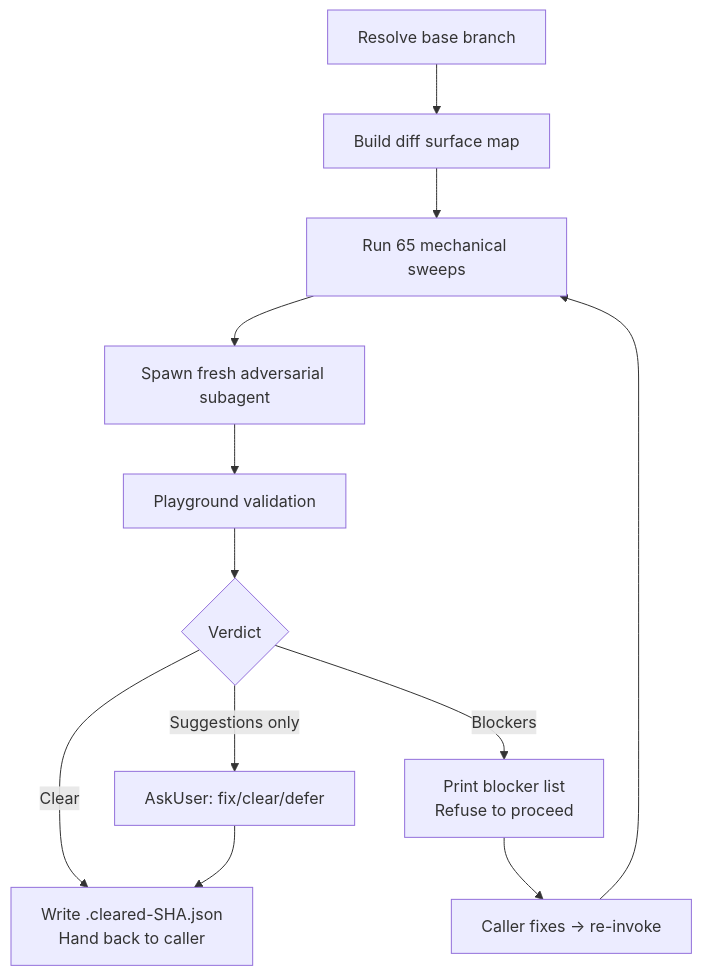
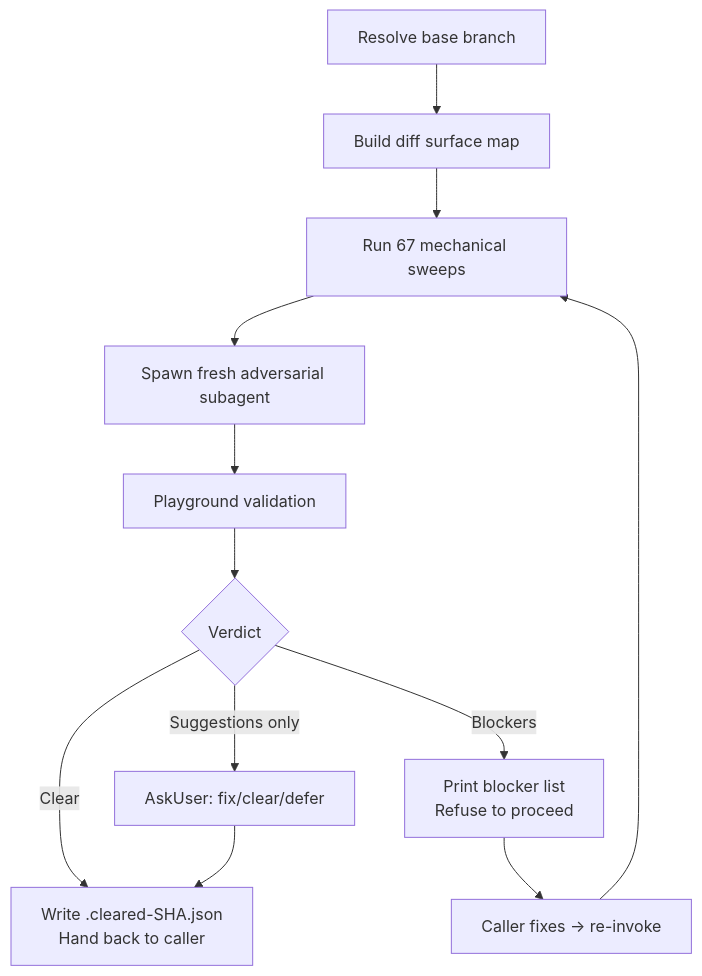
Before and after one commit to whizzzkid/skills: the diagram in skills/adversarial-review/README.md, drawn with Mermaid. The commit also changed other lines of this file and 12 other files, not shown here.

````diff
--- a/skills/adversarial-review/README.md
+++ b/skills/adversarial-review/README.md
@@ -16,14 +16,14 @@
 ```mermaid
 flowchart TD
     A[Resolve base branch] --> B[Build diff surface map]
-    B --> C[Run 65 mechanical sweeps]
+    B --> C[Run 67 mechanical sweeps]
     C --> D[Spawn fresh adversarial subagent]
     D --> E[Playground validation]
     E --> F{Verdict}
     F -->|Clear| G[Write .cleared-SHA.json<br/>Hand back to caller]
     F -->|Blockers| H[Print blocker list<br/>Refuse to proceed]
     F -->|Suggestions only| I[AskUser: fix/clear/defer]
     H --> J[Caller fixes → re-invoke]
     J --> C
     I --> G
 ```
````
